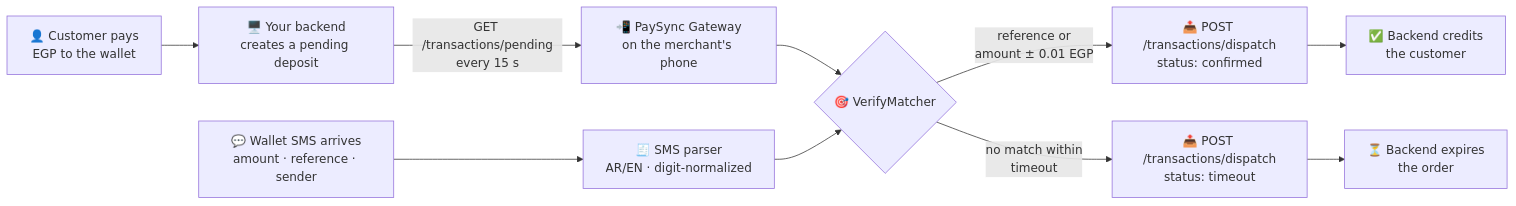
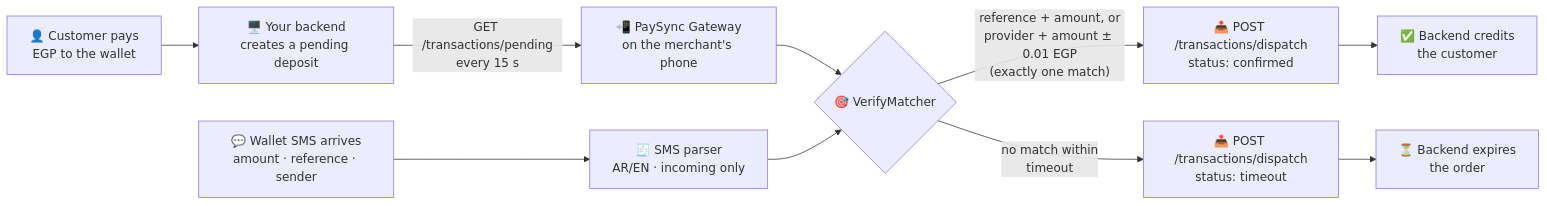
One commit to Ziadtareks/paysync-gateway changed the diagram in README.md. Above: the diagram before and after it, drawn with Mermaid. The commit also changed other lines of this file and 3 other files, not shown here.

````diff
--- a/README.md
+++ b/README.md
@@ -75,12 +95,12 @@
 ```mermaid
 flowchart LR
     A["👤 Customer pays<br/>EGP to the wallet"] --> B["🖥️ Your backend<br/>creates a pending deposit"]
     B -->|"GET /transactions/pending<br/>every 15 s"| C["📲 PaySync Gateway<br/>on the merchant's phone"]
-    D["💬 Wallet SMS arrives<br/>amount · reference · sender"] --> E["🧾 SMS parser<br/>AR/EN · digit-normalized"]
+    D["💬 Wallet SMS arrives<br/>amount · reference · sender"] --> E["🧾 SMS parser<br/>AR/EN · incoming only"]
     C --> F{"🎯 VerifyMatcher"}
     E --> F
-    F -->|"reference or<br/>amount ± 0.01 EGP"| G["📤 POST /transactions/dispatch<br/>status: confirmed"]
+    F -->|"reference + amount, or<br/>provider + amount ± 0.01 EGP<br/>(exactly one match)"| G["📤 POST /transactions/dispatch<br/>status: confirmed"]
     F -->|"no match within<br/>timeout"| H["📤 POST /transactions/dispatch<br/>status: timeout"]
     G --> I["✅ Backend credits<br/>the customer"]
     H --> J["⏳ Backend expires<br/>the order"]
 ```
````
